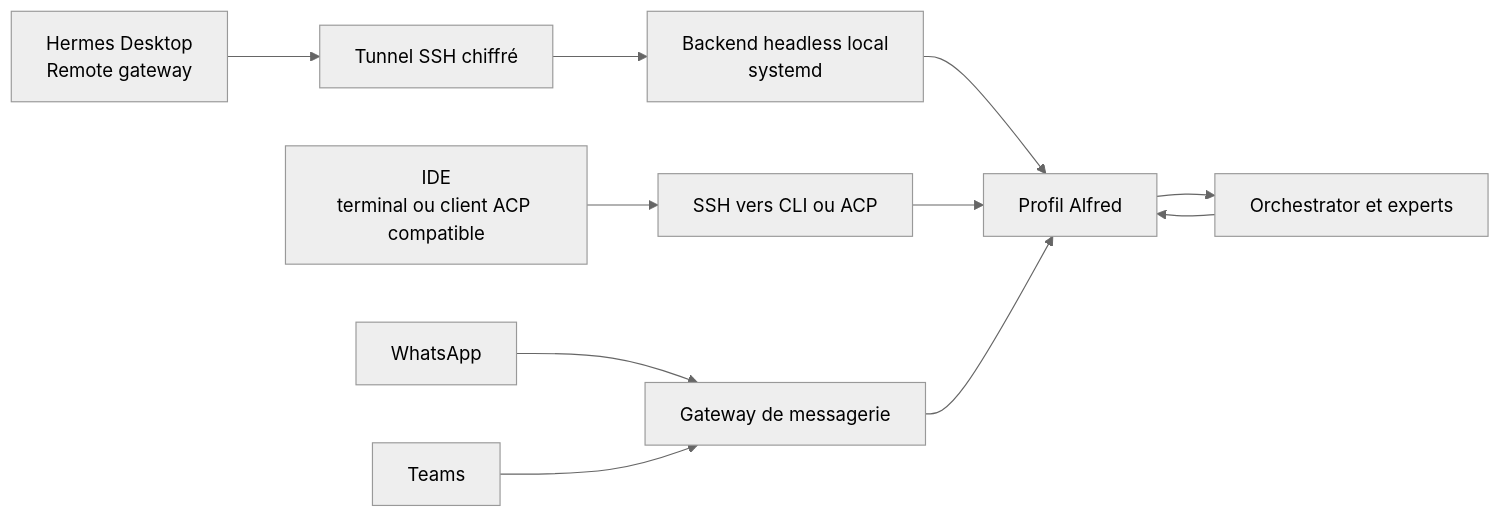
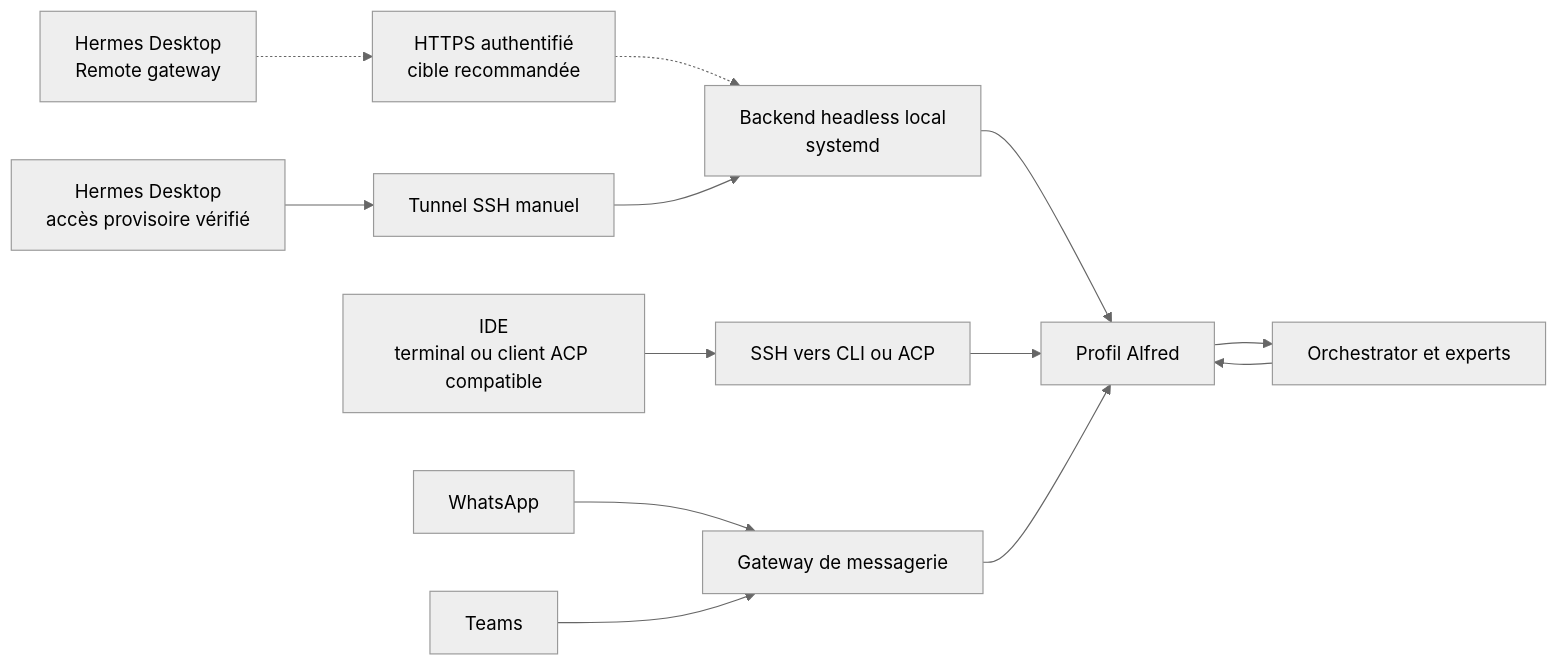
Before and after one commit to nicolastheuil/project-alfred: the diagram in docs/communiquer-avec-alfred.md, drawn with Mermaid (neutral theme). The commit also changed other lines of this file and 3 other files, not shown here.

Commit message:
docs: recommend authenticated HTTPS for daily Desktop access

````diff
--- a/docs/communiquer-avec-alfred.md
+++ b/docs/communiquer-avec-alfred.md
@@ -5,13 +5,15 @@
 ```mermaid
 flowchart LR
-    D[Hermes Desktop<br/>Remote gateway] --> S[Tunnel SSH chiffré]
-    S --> B[Backend headless local<br/>systemd]
+    D[Hermes Desktop<br/>Remote gateway] -.-> H[HTTPS authentifié<br/>cible recommandée]
+    H -.-> B[Backend headless local<br/>systemd]
+    P[Hermes Desktop<br/>accès provisoire vérifié] --> S[Tunnel SSH manuel]
+    S --> B
     I[IDE<br/>terminal ou client ACP compatible] --> T[SSH vers CLI ou ACP]
     W[WhatsApp] --> G[Gateway de messagerie]
     M[Teams] --> G
     B --> A[Profil Alfred]
     T --> A
     G --> A
     A --> O[Orchestrator et experts]
     O --> A
 ```
````
